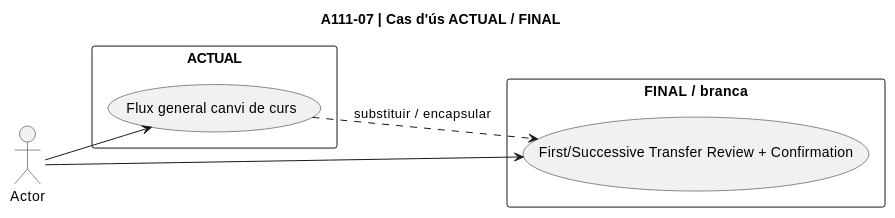
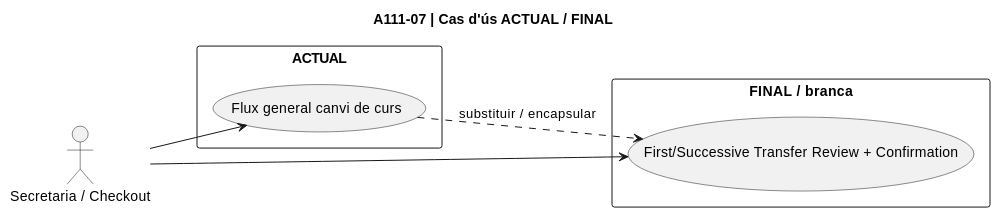
One commit to orgmeriemprismacat-del/verifactu changed diagram 25 of 48 in documentacio/07-uml-integrat/uc-111-diagrames-per-accio.md. Above: the diagram before and after it, drawn with PlantUML. The commit also changed other lines of this file, not shown here.

Commit message:
fix docs UC-111: restore explicit actor declarations in all 12 per-action use-case diagrams

````diff
--- a/documentacio/07-uml-integrat/uc-111-diagrames-per-accio.md
+++ b/documentacio/07-uml-integrat/uc-111-diagrames-per-accio.md
@@ -477,15 +483,16 @@
 ```plantuml
 @startuml
 title A111-07 | Cas d'ús ACTUAL / FINAL
 left to right direction
+actor "Secretaria / Checkout" as Actor
 rectangle "ACTUAL" {
   usecase "Flux general canvi de curs" as Current
 }
 rectangle "FINAL / branca" {
   usecase "First/Successive Transfer Review + Confirmation" as Target
 }
 Actor --> Current
 Actor --> Target
 Current ..> Target : substituir / encapsular
 @enduml
 ```
````
